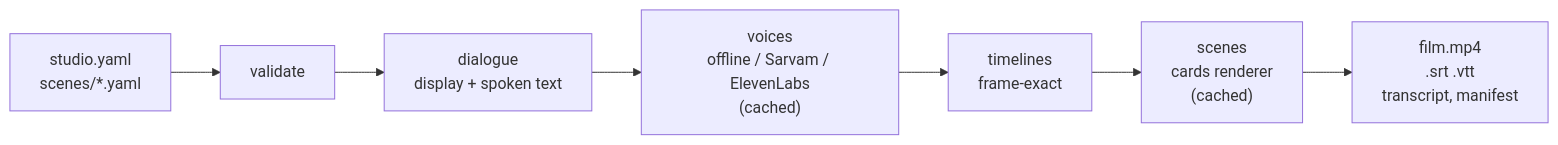
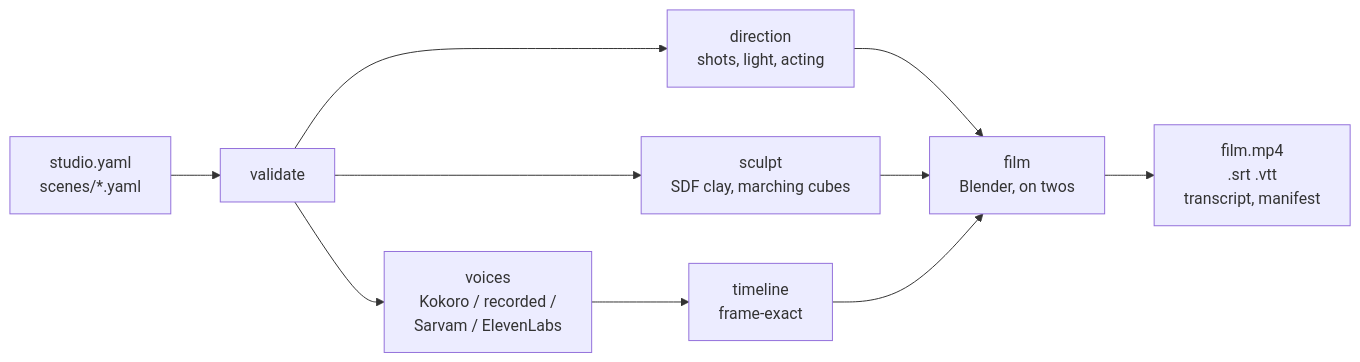
One commit to xIBBAx/clayvoyant changed the diagram in README.md. Above: the diagram before and after it, drawn with Mermaid. The commit also changed other lines of this file and 37 other files, not shown here.

````diff
--- a/README.md
+++ b/README.md
@@ -114,9 +138,12 @@
 ```mermaid
 flowchart LR
     A["studio.yaml<br/>scenes/*.yaml"] --> B["validate"]
-    B --> C["dialogue<br/>display + spoken text"]
-    C --> D["voices<br/>offline / Sarvam / ElevenLabs<br/>(cached)"]
-    D --> E["timelines<br/>frame-exact"]
-    E --> F["scenes<br/>cards renderer<br/>(cached)"]
-    F --> G["film.mp4<br/>.srt .vtt<br/>transcript, manifest"]
+    B --> C["voices<br/>Kokoro / recorded /<br/>Sarvam / ElevenLabs"]
+    B --> D["direction<br/>shots, light, acting"]
+    B --> E["sculpt<br/>SDF clay, marching cubes"]
+    C --> F["timeline<br/>frame-exact"]
+    D --> G["film<br/>Blender, on twos"]
+    E --> G
+    F --> G
+    G --> H["film.mp4<br/>.srt .vtt<br/>transcript, manifest"]
 ```
````
